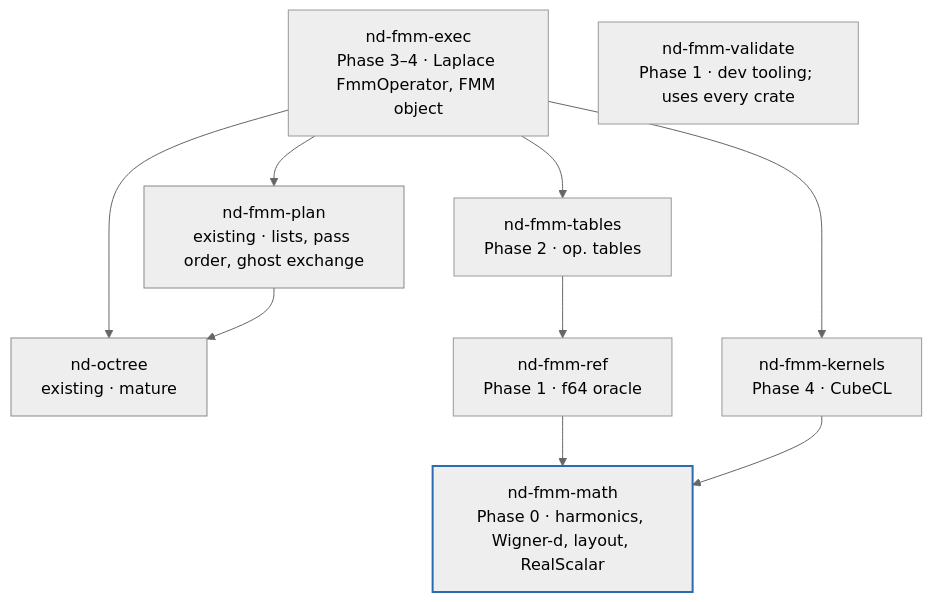
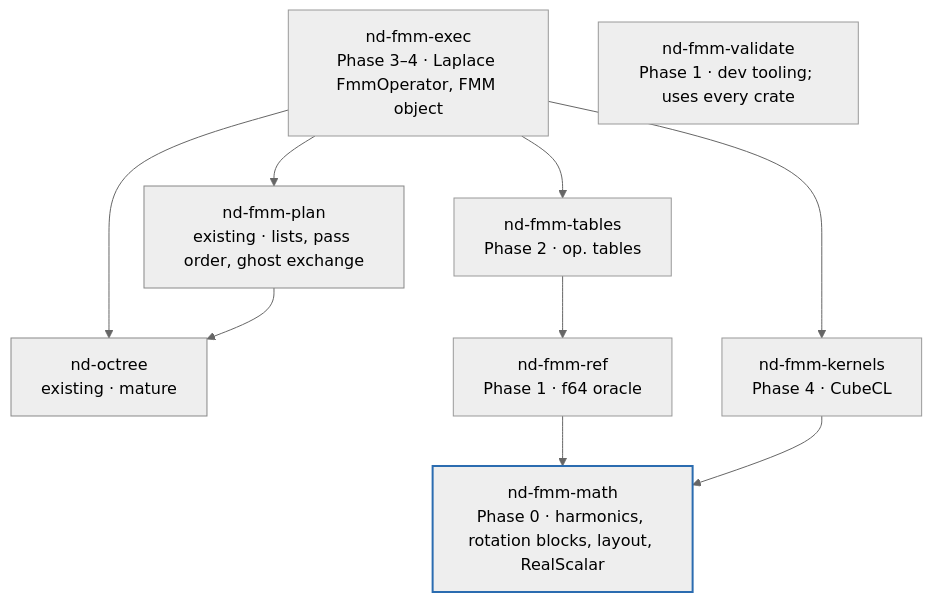
The diagram in docs/design/workspace-structure.md (tbetcke/fmm), drawn with Mermaid (neutral theme) before and after one commit. The commit also changed other lines of this file and 2 other files, not shown here.

````diff
--- a/docs/design/workspace-structure.md
+++ b/docs/design/workspace-structure.md
@@ -145,21 +145,21 @@
 ```mermaid
 flowchart TB
   exec["nd-fmm-exec<br/>Phase 3–4 · Laplace FmmOperator, FMM object"]
   plan["nd-fmm-plan<br/>existing · lists, pass order, ghost exchange"]:::existing
   octree["nd-octree<br/>existing · mature"]:::existing
   tables["nd-fmm-tables<br/>Phase 2 · op. tables"]
   kernels["nd-fmm-kernels<br/>Phase 4 · CubeCL"]
   ref["nd-fmm-ref<br/>Phase 1 · f64 oracle"]
-  math["nd-fmm-math<br/>Phase 0 · harmonics, Wigner-d, layout, RealScalar"]:::phase0
+  math["nd-fmm-math<br/>Phase 0 · harmonics, rotation blocks, layout, RealScalar"]:::phase0
   validate["nd-fmm-validate<br/>Phase 1 · dev tooling; uses every crate"]
   exec --> plan
   exec --> octree
   plan --> octree
   exec --> tables
   exec --> kernels
   tables --> ref
   ref --> math
   kernels --> math
   classDef existing fill:#eeeeee,stroke:#888888
   classDef phase0 stroke:#2b6cb0,stroke-width:2px
 ```
````
